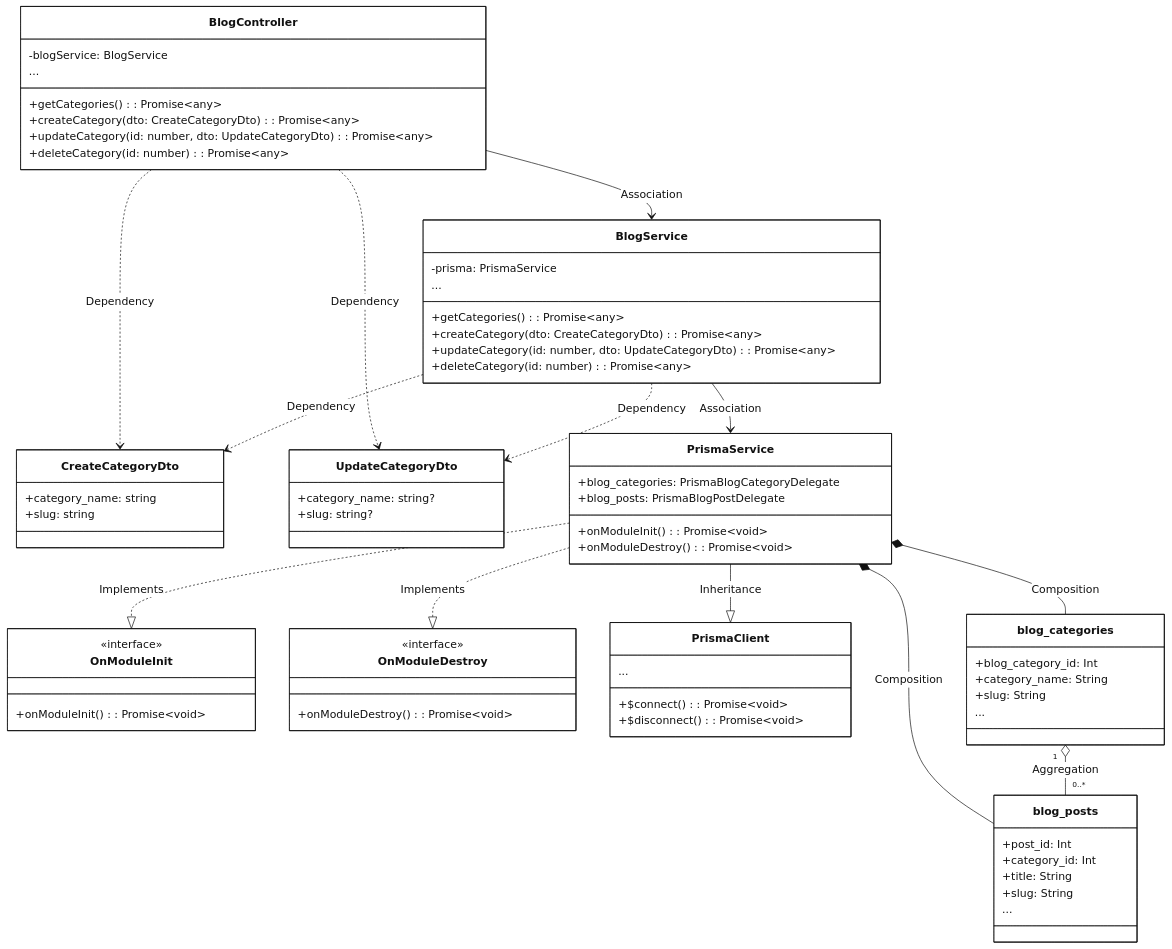
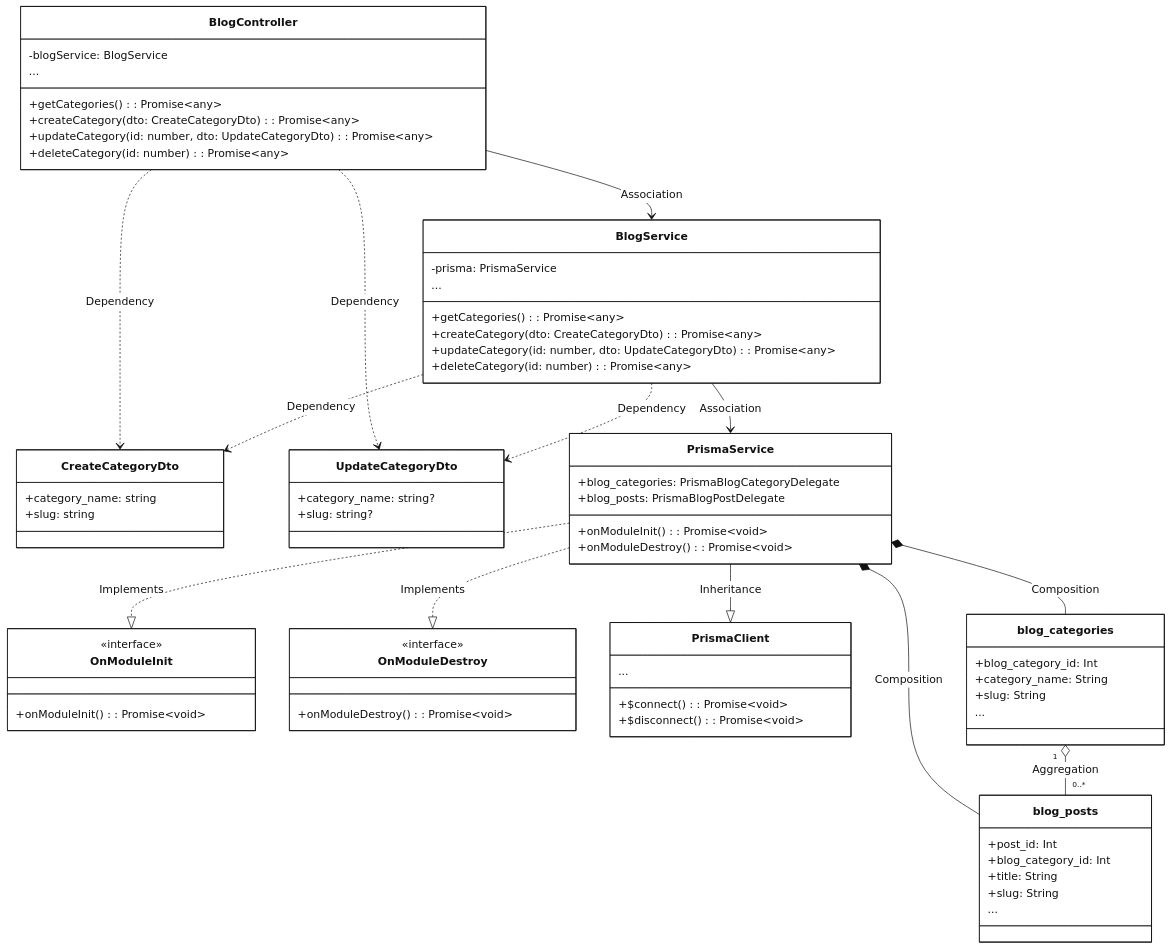
Before and after one commit to CuongBC195/class-diagram-donation-blood: the second of 5 diagrams in modules_mermaid/08_blog.md, drawn with Mermaid. The commit also changed other lines of this file and 32 other files, not shown here.

Commit message:
fix(diagrams): 100% code alignment, fix FK multiplicities, connect ExcelUtil in 3.4, and convert all 1110 edges to Orthogonal

```diff
--- a/modules_mermaid/08_blog.md
+++ b/modules_mermaid/08_blog.md
@@ -254,7 +254,7 @@
 
 class blog_posts {
   +post_id: Int
-  +category_id: Int
+  +blog_category_id: Int
   +title: String
   +slug: String
   ...
```
